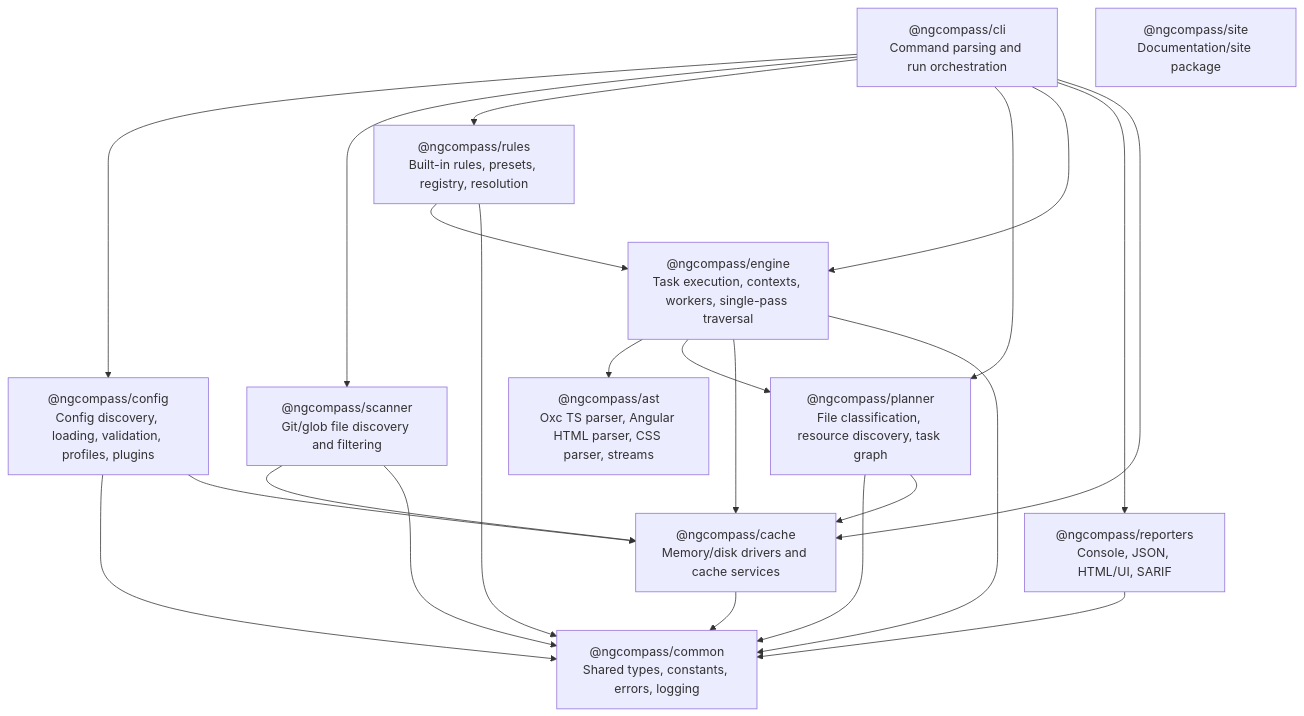
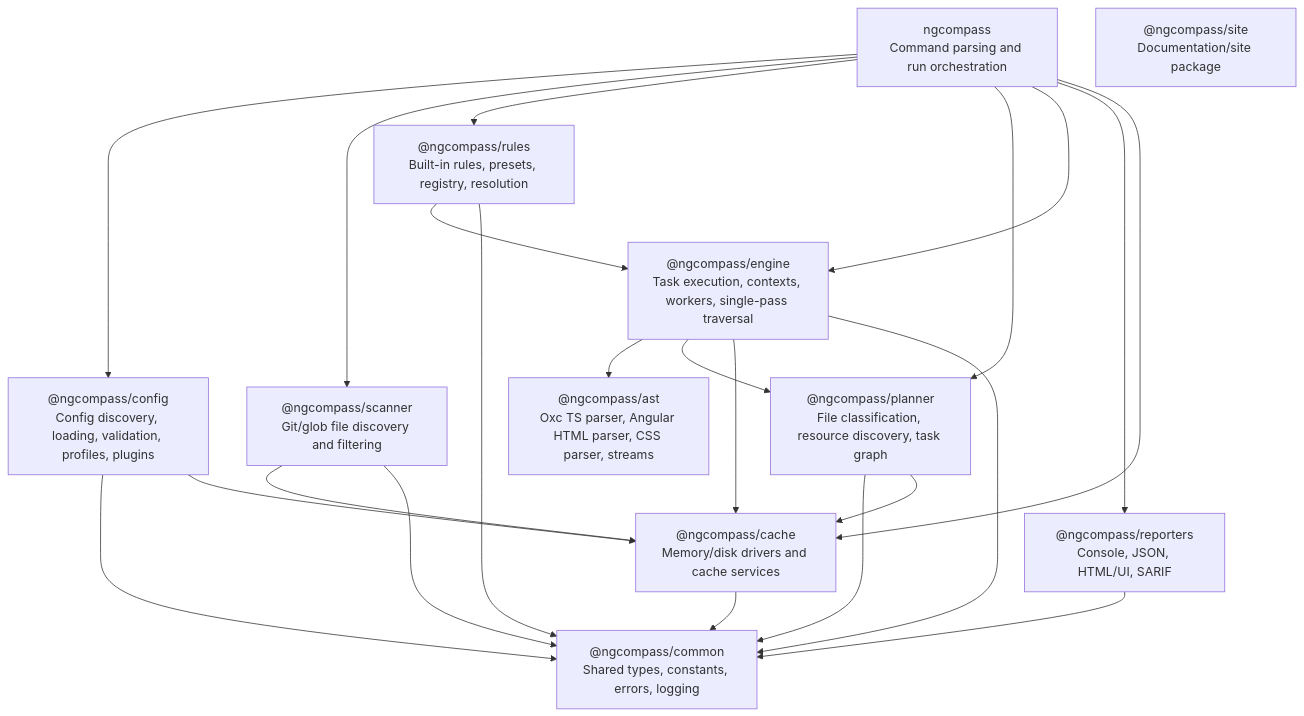
The first of 23 diagrams in docs/architecture.md (RoadmapDevelop/ngcompass), drawn with Mermaid before and after one commit. The commit also changed other lines of this file and 16 other files, not shown here.

````diff
--- a/docs/architecture.md
+++ b/docs/architecture.md
@@ -23,37 +23,37 @@
 ```mermaid
 flowchart TB
-    CLI["@ngcompass/cli<br/>Command parsing and run orchestration"]
+    CLI["ngcompass<br/>Command parsing and run orchestration"]
     CONFIG["@ngcompass/config<br/>Config discovery, loading, validation, profiles, plugins"]
     SCANNER["@ngcompass/scanner<br/>Git/glob file discovery and filtering"]
     RULES["@ngcompass/rules<br/>Built-in rules, presets, registry, resolution"]
     PLANNER["@ngcompass/planner<br/>File classification, resource discovery, task graph"]
     ENGINE["@ngcompass/engine<br/>Task execution, contexts, workers, single-pass traversal"]
     AST["@ngcompass/ast<br/>Oxc TS parser, Angular HTML parser, CSS parser, streams"]
     CACHE["@ngcompass/cache<br/>Memory/disk drivers and cache services"]
     REPORTERS["@ngcompass/reporters<br/>Console, JSON, HTML/UI, SARIF"]
     COMMON["@ngcompass/common<br/>Shared types, constants, errors, logging"]
     SITE["@ngcompass/site<br/>Documentation/site package"]
 
     CLI --> CONFIG
     CLI --> SCANNER
     CLI --> RULES
     CLI --> PLANNER
     CLI --> ENGINE
     CLI --> REPORTERS
     CLI --> CACHE
 
     CONFIG --> COMMON
     CONFIG --> CACHE
     RULES --> ENGINE
     RULES --> COMMON
     PLANNER --> COMMON
     PLANNER --> CACHE
     ENGINE --> AST
     ENGINE --> PLANNER
     ENGINE --> CACHE
     ENGINE --> COMMON
     SCANNER --> CACHE
     SCANNER --> COMMON
     REPORTERS --> COMMON
     CACHE --> COMMON
 ```
````
